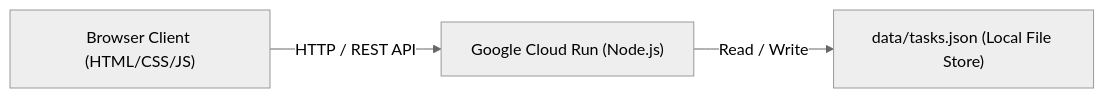
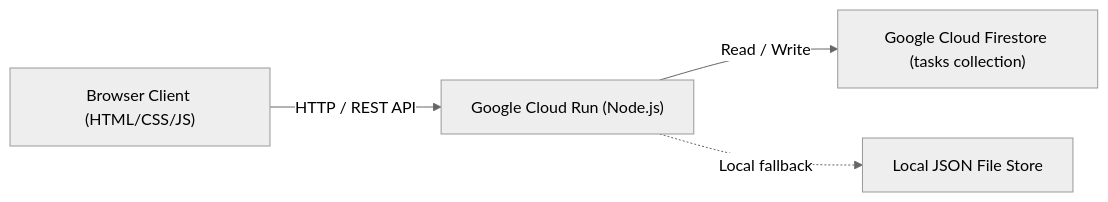
The diagram in SPEC.md (noam2030/task-manager), drawn with Mermaid (neutral theme) before and after one commit. The commit also changed other lines of this file and 7 other files, not shown here.

Commit message:
Add Google Cloud Firestore persistence with local fallback and updated tests

````diff
--- a/SPEC.md
+++ b/SPEC.md
@@ -42,5 +45,6 @@
 ```mermaid
 flowchart LR
     Browser["Browser Client (HTML/CSS/JS)"] -->|"HTTP / REST API"| CloudRun["Google Cloud Run (Node.js)"]
-    CloudRun -->|"Read / Write"| Storage["data/tasks.json (Local File Store)"]
+    CloudRun -->|"Read / Write"| Firestore["Google Cloud Firestore (tasks collection)"]
+    CloudRun -.->|"Local fallback"| LocalStore["Local JSON File Store"]
 ```
````
